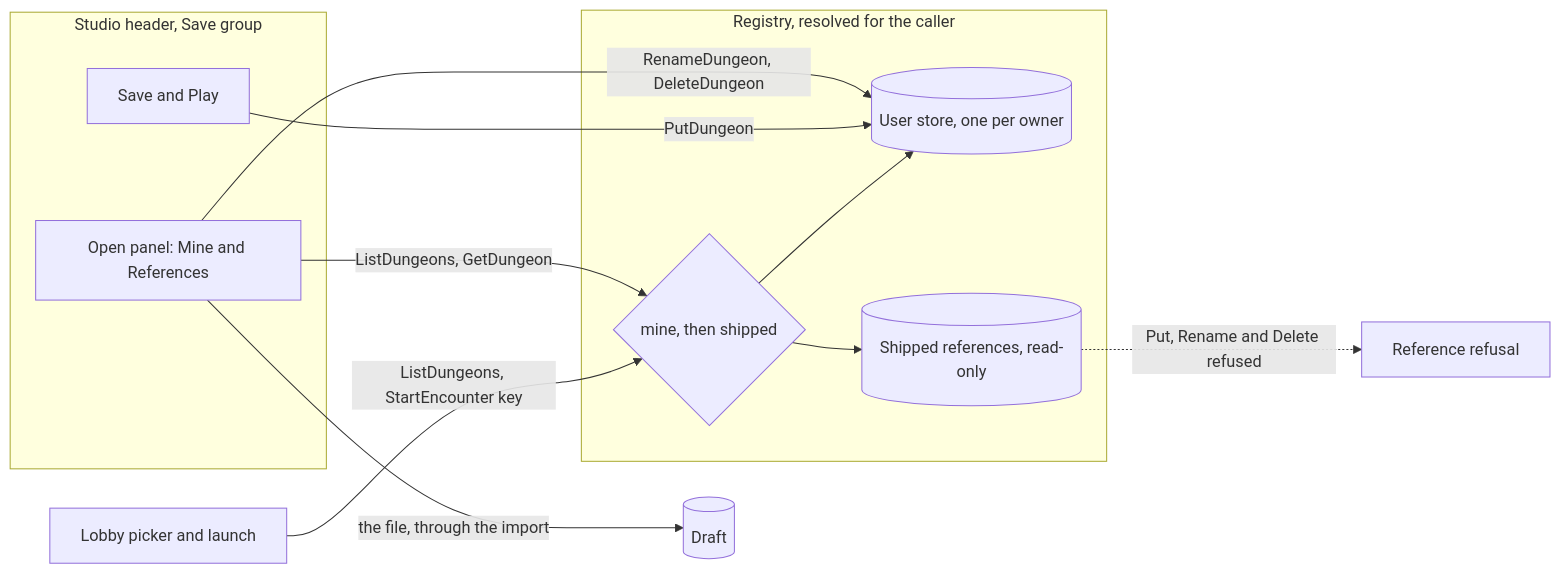
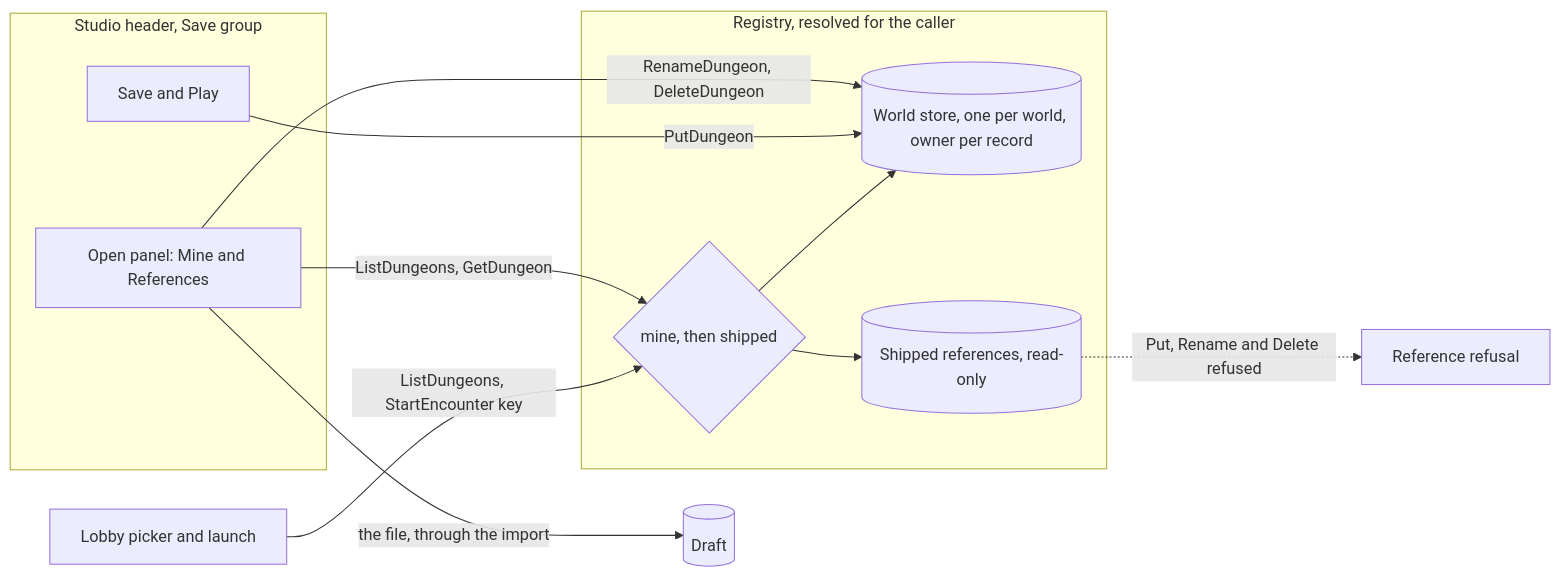
The second of 3 diagrams in ideas/encounter-studio/design.md (KirkDiggler/rpg-project), drawn with Mermaid before and after one commit. The commit also changed other lines of this file and 1 other file, not shown here.

First line of the commit message:
design: encounter studio S7 — keys unique per world, owner per record

````diff
--- a/ideas/encounter-studio/design.md
+++ b/ideas/encounter-studio/design.md
@@ -61,20 +63,20 @@
 ```mermaid
 flowchart LR
     subgraph Header[Studio header, Save group]
         Open[Open panel: Mine and References]
         SP[Save and Play]
     end
     subgraph Registry[Registry, resolved for the caller]
         Res{mine, then shipped}
-        User[(User store, one per owner)]
+        User[(World store, one per world, owner per record)]
         Ship[(Shipped references, read-only)]
     end
     Open -->|ListDungeons, GetDungeon| Res
     Open -->|RenameDungeon, DeleteDungeon| User
     SP -->|PutDungeon| User
     Res --> User
     Res --> Ship
     Lobby[Lobby picker and launch] -->|ListDungeons, StartEncounter key| Res
     Open -->|the file, through the import| Draft[(Draft)]
     Ship -.->|Put, Rename and Delete refused| No[Reference refusal]
 ```
````
